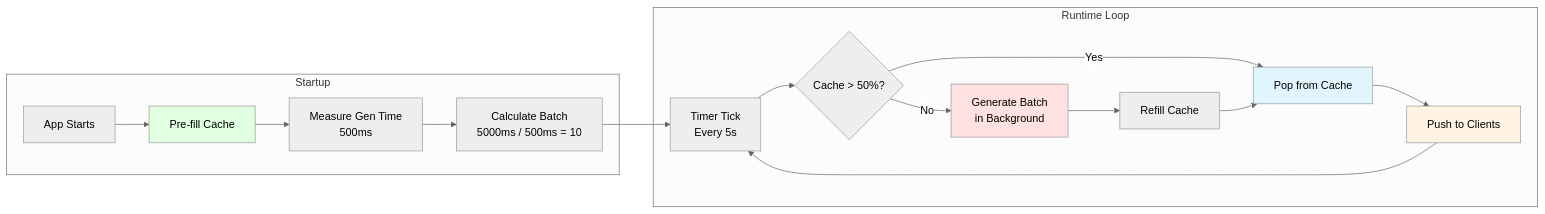
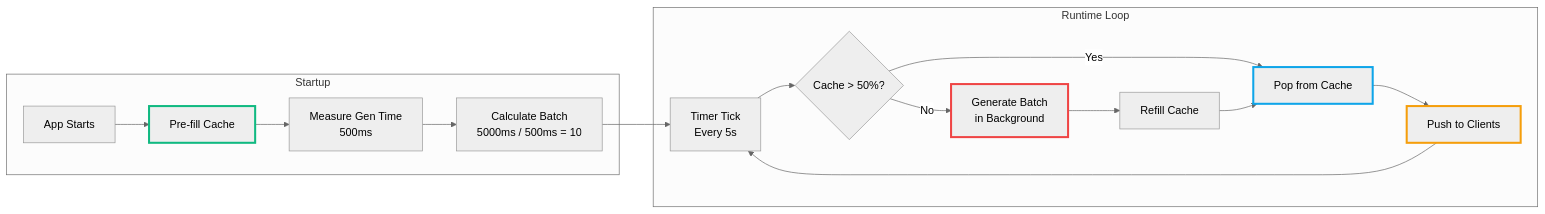
One commit to Shaddix/mostlylucidweb changed the fifth of 5 diagrams in Mostlylucid/Markdown/signalr-demo-guide.md. Above: the diagram before and after it, drawn with Mermaid (neutral theme). The commit also changed 11 other files, not shown here.

First line of the commit message:
update: replace background fills with stroke styling in Mermaid diagrams

````diff
--- a/Mostlylucid/Markdown/signalr-demo-guide.md
+++ b/Mostlylucid/Markdown/signalr-demo-guide.md
@@ -413,25 +413,25 @@
 ```mermaid
 graph LR
     subgraph Startup
         A[App Starts] --> B[Pre-fill Cache]
         B --> C[Measure Gen Time<br/>500ms]
         C --> D[Calculate Batch<br/>5000ms / 500ms = 10]
     end
 
     subgraph Runtime Loop
         E[Timer Tick<br/>Every 5s] --> F{Cache > 50%?}
         F -->|Yes| G[Pop from Cache]
         F -->|No| H[Generate Batch<br/>in Background]
         G --> I[Push to Clients]
         H --> J[Refill Cache]
         J --> G
         I --> E
     end
 
     D --> E
 
-    style B fill:#e1ffe1
-    style G fill:#e1f5ff
-    style H fill:#ffe1e1
-    style I fill:#fff4e1
+    style B stroke:#10b981,stroke-width:3px
+    style G stroke:#0ea5e9,stroke-width:3px
+    style H stroke:#ef4444,stroke-width:3px
+    style I stroke:#f59e0b,stroke-width:3px
 ```
````
